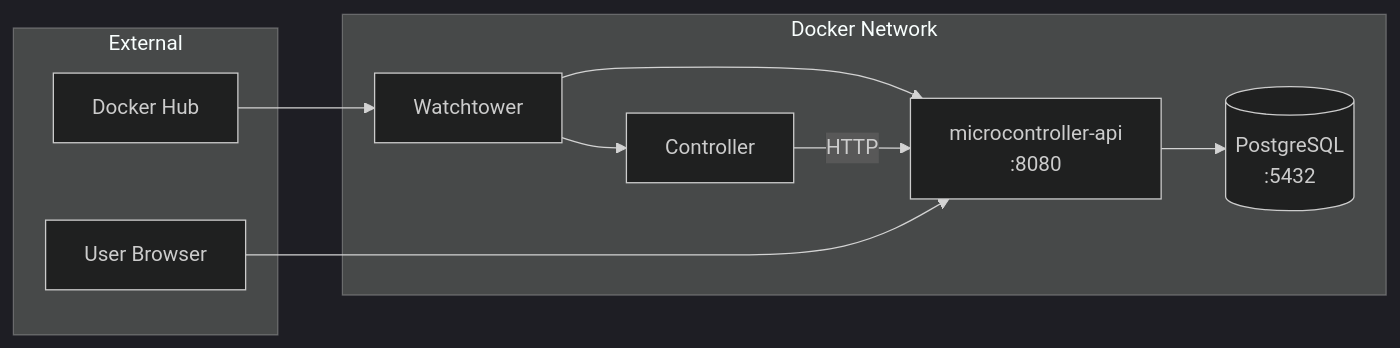
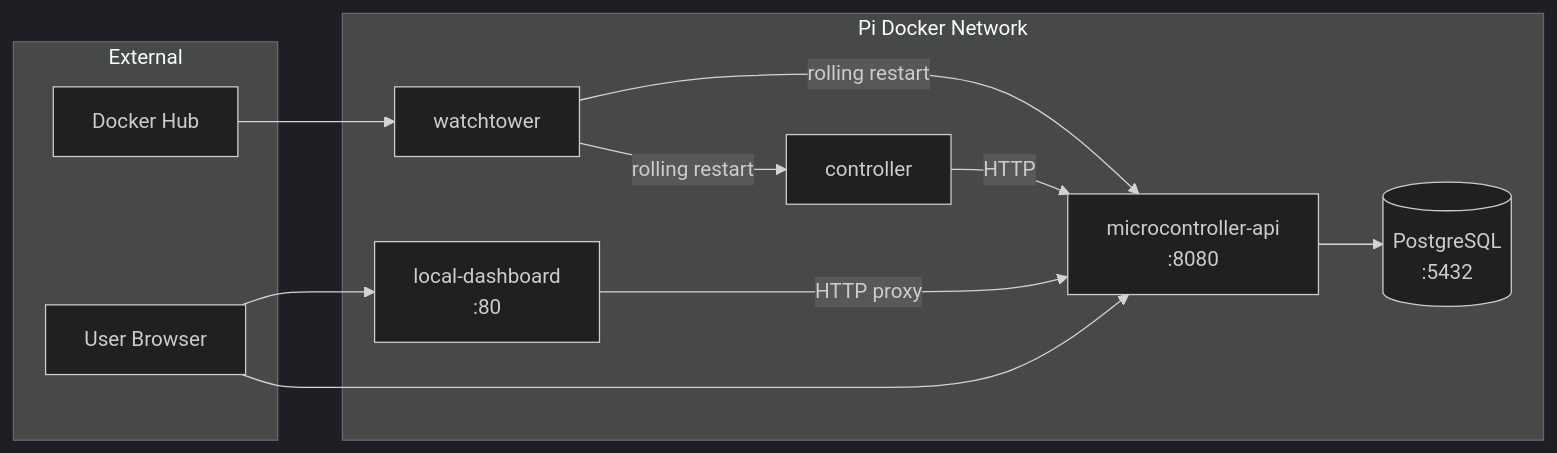
One commit to GreenThumbProject/docs changed the second of 6 diagrams in docs/architecture/diagrams.md. Above: the diagram before and after it, drawn with Mermaid (dark theme). The commit also changed other lines of this file and 12 other files, not shown here.

````diff
--- a/docs/architecture/diagrams.md
+++ b/docs/architecture/diagrams.md
@@ -37,21 +37,24 @@
 ```mermaid
 graph LR
-    subgraph "Docker Network"
-        DB[(PostgreSQL<br/>:5432)]
-        API[microcontroller-api<br/>:8080]
-        CTRL[Controller]
-        WT[Watchtower]
+    subgraph "Pi Docker Network"
+        DB[(PostgreSQL\n:5432)]
+        API[microcontroller-api\n:8080]
+        CTRL[controller]
+        DASH[local-dashboard\n:80]
+        WT[watchtower]
     end
-    
+
     subgraph "External"
         DH[Docker Hub]
-        USER[User Browser]
+        BROWSER[User Browser]
     end
-    
+
     CTRL -->|HTTP| API
+    DASH -->|HTTP proxy| API
     API --> DB
-    USER --> API
+    BROWSER --> DASH
+    BROWSER --> API
     DH --> WT
-    WT --> API
-    WT --> CTRL
+    WT -->|rolling restart| API
+    WT -->|rolling restart| CTRL
 ```
````
